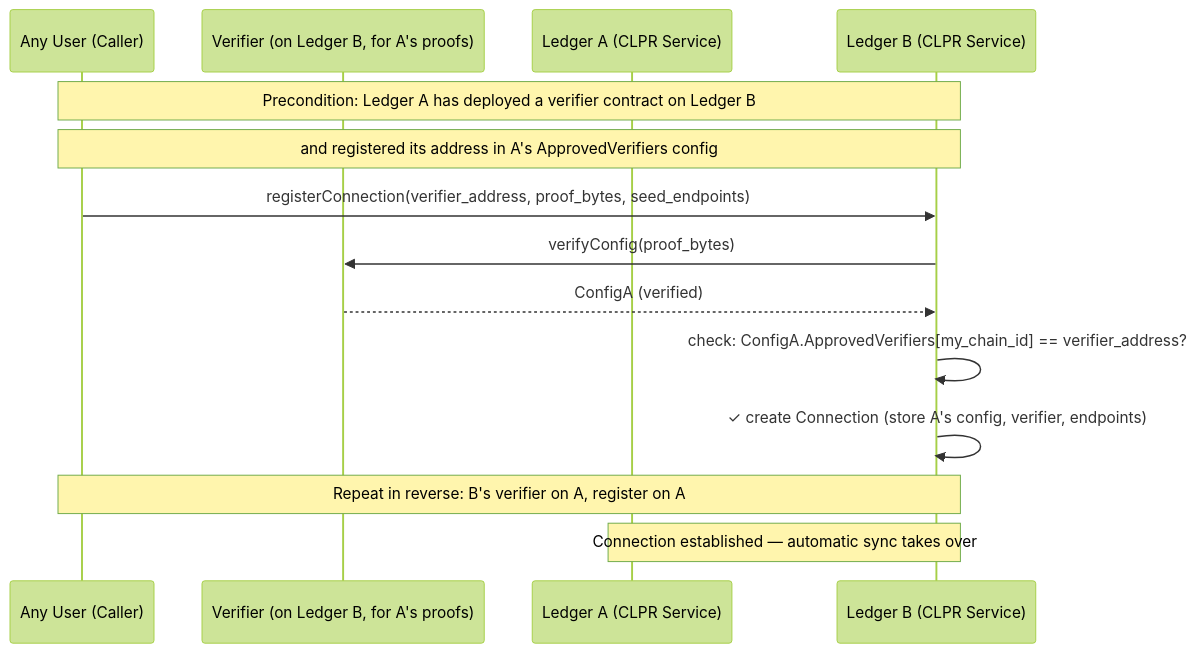
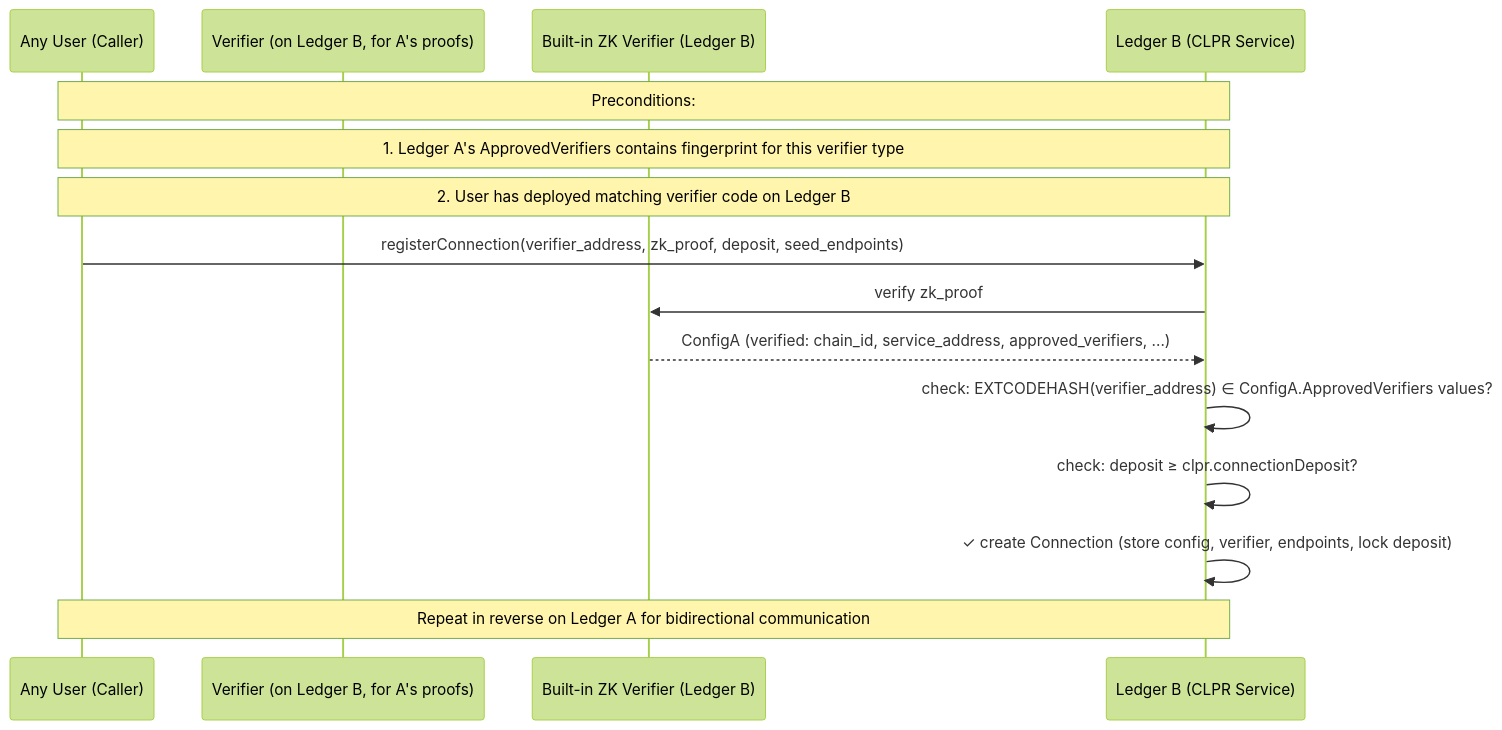
One commit to hiero-ledger/hiero-consensus-node changed the first of 5 diagrams in hedera-node/docs/design/services/clpr-service/clpr-service.md. Above: the diagram before and after it, drawn with Mermaid (forest theme). The commit also changed other lines of this file, not shown here.

First line of the commit message:
docs(clpr): address security review findings in design document

````diff
--- a/hedera-node/docs/design/services/clpr-service/clpr-service.md
+++ b/hedera-node/docs/design/services/clpr-service/clpr-service.md
@@ -322,19 +371,20 @@
 ```mermaid
 sequenceDiagram
     participant User as Any User (Caller)
     participant VA as Verifier (on Ledger B, for A's proofs)
-    participant LA as Ledger A (CLPR Service)
+    participant ZK as Built-in ZK Verifier (Ledger B)
     participant LB as Ledger B (CLPR Service)
 
-    Note over User,LB: Precondition: Ledger A has deployed a verifier contract on Ledger B
-    Note over User,LB: and registered its address in A's ApprovedVerifiers config
+    Note over User,LB: Preconditions:
+    Note over User,LB: 1. Ledger A's ApprovedVerifiers contains fingerprint for this verifier type
+    Note over User,LB: 2. User has deployed matching verifier code on Ledger B
 
-    User->>LB: registerConnection(verifier_address, proof_bytes, seed_endpoints)
-    LB->>VA: verifyConfig(proof_bytes)
-    VA-->>LB: ConfigA (verified)
-    LB->>LB: check: ConfigA.ApprovedVerifiers[my_chain_id] == verifier_address?
-    LB->>LB: ✓ create Connection (store A's config, verifier, endpoints)
+    User->>LB: registerConnection(verifier_address, zk_proof, deposit, seed_endpoints)
+    LB->>ZK: verify zk_proof
+    ZK-->>LB: ConfigA (verified: chain_id, service_address, approved_verifiers, ...)
+    LB->>LB: check: EXTCODEHASH(verifier_address) ∈ ConfigA.ApprovedVerifiers values?
+    LB->>LB: check: deposit ≥ clpr.connectionDeposit?
+    LB->>LB: ✓ create Connection (store config, verifier, endpoints, lock deposit)
 
-    Note over User,LB: Repeat in reverse: B's verifier on A, register on A
-    Note over LA,LB: Connection established — automatic sync takes over
+    Note over User,LB: Repeat in reverse on Ledger A for bidirectional communication
 ```
````
